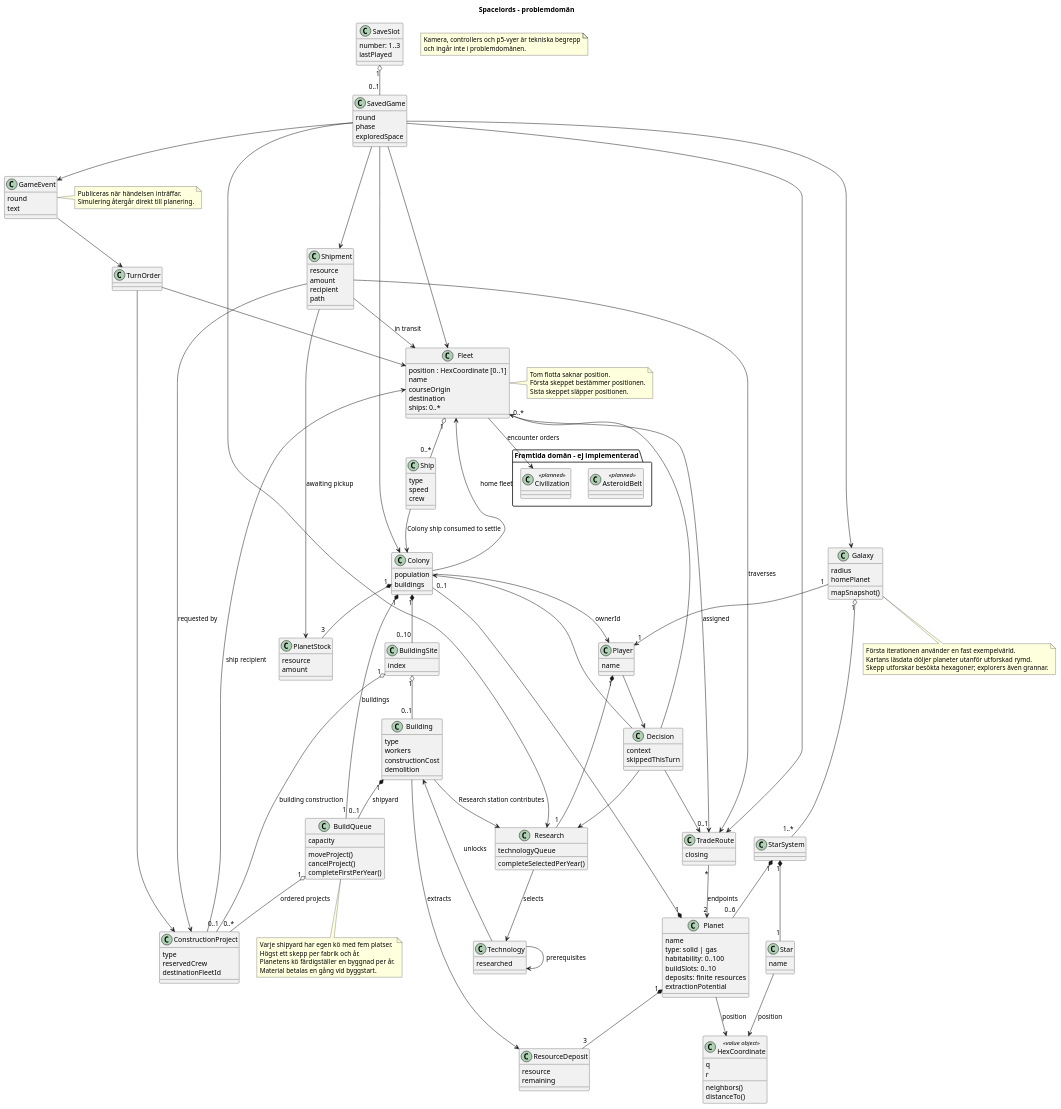
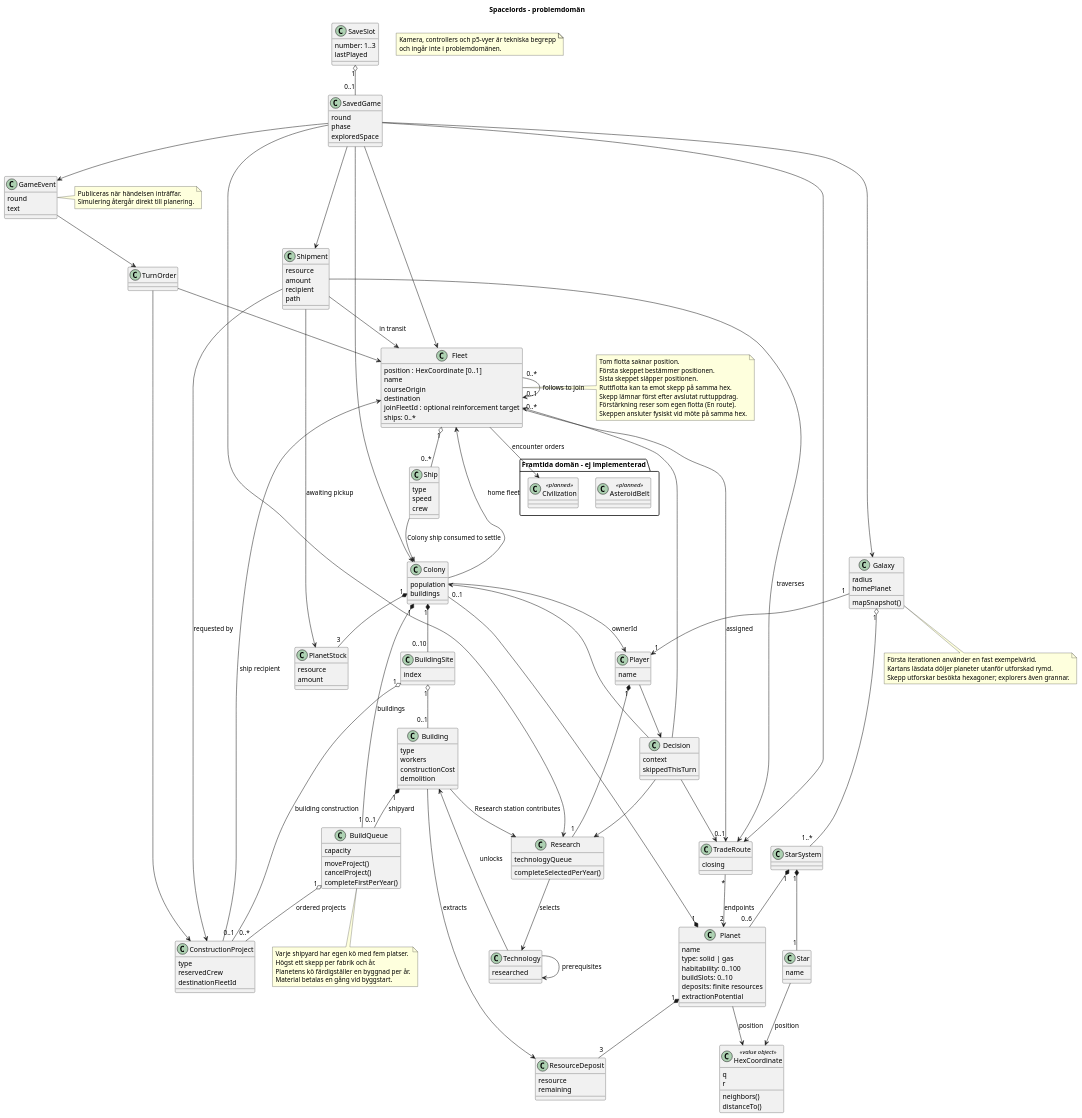
Before and after one commit to dntoll/spacelords: the diagram in docs/domain-model.puml, drawn with PlantUML. The commit also changed 16 other files, not shown here.

```diff
--- a/docs/domain-model.puml
+++ b/docs/domain-model.puml
@@ -1,190 +1,196 @@
 @startuml
 title Spacelords – problemdomän
 
 class SaveSlot {
   number: 1..3
   lastPlayed
 }
 class SavedGame {
   round
   phase
   exploredSpace
 }
 SaveSlot "1" o-- "0..1" SavedGame
 SavedGame --> Galaxy
 SavedGame --> Fleet
 SavedGame --> Colony
 SavedGame --> Research
 SavedGame --> GameEvent
 
 class Galaxy {
   radius
   homePlanet
   mapSnapshot()
 }
 class StarSystem
 class Star {
   name
 }
 class Planet {
   name
   type: solid | gas
   habitability: 0..100
   buildSlots: 0..10
   deposits: finite resources
   extractionPotential
 }
 class Colony {
   population
   buildings
 }
 class Building {
   type
   workers
   constructionCost
   demolition
 }
 class ConstructionProject {
   type
   reservedCrew
   destinationFleetId
 }
 class BuildingSite {
   index
 }
 class Technology {
   researched
 }
 class Research {
   technologyQueue
   completeSelectedPerYear()
 }
 class BuildQueue {
   capacity
   moveProject()
   cancelProject()
   completeFirstPerYear()
 }
 class Ship {
   type
   speed
   crew
 }
 class Fleet {
   position : HexCoordinate [0..1]
   name
   courseOrigin
   destination
+  joinFleetId : optional reinforcement target
   ships: 0..*
 }
 class TurnOrder
 class GameEvent {
   round
   text
 }
 note right of GameEvent
   Publiceras när händelsen inträffar.
   Simulering återgår direkt till planering.
 end note
 class Player {
   name
 }
 class HexCoordinate <<value object>> {
   q
   r
   neighbors()
   distanceTo()
 }
 
 Galaxy "1" o-- "1..*" StarSystem
 Galaxy "1" --> "1" Player
 StarSystem "1" *-- "1" Star
 StarSystem "1" *-- "0..6" Planet
 Star --> HexCoordinate : position
 Planet --> HexCoordinate : position
 Planet "1" *-- "0..1" Colony
 Colony --> Player : ownerId
 Colony "1" *-- "0..10" BuildingSite
 BuildingSite "1" o-- "0..1" Building
 BuildingSite "1" o-- "0..1" ConstructionProject : building construction
 Building "1" *-- "0..1" BuildQueue : shipyard
 BuildQueue "1" o-- "0..*" ConstructionProject : ordered projects
 Player "1" *-- "1" Research
 Research --> Technology : selects
 Technology --> Building : unlocks
 Technology --> Technology : prerequisites
 Building --> Research : Research station contributes
 ConstructionProject --> Fleet : ship recipient
 Colony --> Fleet : home fleet
 Fleet "1" o-- "0..*" Ship
 note right of Fleet
   Tom flotta saknar position.
   Första skeppet bestämmer positionen.
   Sista skeppet släpper positionen.
+  Ruttflotta kan ta emot skepp på samma hex.
+  Skepp lämnar först efter avslutat ruttuppdrag.
+  Förstärkning reser som egen flotta (En route).
+  Skeppen ansluter fysiskt vid möte på samma hex.
 end note
+Fleet "0..*" --> "0..1" Fleet : follows to join
 Ship --> Colony : Colony ship consumed to settle
 TurnOrder --> ConstructionProject
 TurnOrder --> Fleet
 GameEvent --> TurnOrder
 
 note bottom of BuildQueue
   Varje shipyard har egen kö med fem platser.
   Högst ett skepp per fabrik och år.
   Planetens kö färdigställer en byggnad per år.
   Material betalas en gång vid byggstart.
 end note
 
 class ResourceDeposit {
   resource
   remaining
 }
 class PlanetStock {
   resource
   amount
 }
 class TradeRoute {
   closing
 }
 class Shipment {
   resource
   amount
   recipient
   path
 }
 class Decision {
   context
   skippedThisTurn
 }
 Planet "1" *-- "3" ResourceDeposit
 Colony "1" *-- "3" PlanetStock
 Building --> ResourceDeposit : extracts
 Colony "1" *-- "1" BuildQueue : buildings
 TradeRoute "*" --> "2" Planet : endpoints
 TradeRoute "0..1" <-- "0..*" Fleet : assigned
 Shipment --> Fleet : in transit
 Shipment --> PlanetStock : awaiting pickup
 Shipment --> ConstructionProject : requested by
 Shipment --> TradeRoute : traverses
 Player --> Decision
 Decision --> Colony
 Decision --> Fleet
 Decision --> Research
 Decision --> TradeRoute
 SavedGame --> TradeRoute
 SavedGame --> Shipment
 
 note bottom of Galaxy
   Första iterationen använder en fast exempelvärld.
   Kartans läsdata döljer planeter utanför utforskad rymd.
   Skepp utforskar besökta hexagoner; explorers även grannar.
 end note
 
 package "Framtida domän – ej implementerad" {
   class AsteroidBelt <<planned>>
   class Civilization <<planned>>
   Fleet --> Civilization : encounter orders
 }
 
 note "Kamera, controllers och p5-vyer är tekniska begrepp\noch ingår inte i problemdomänen." as Scope
 
 @enduml
```
